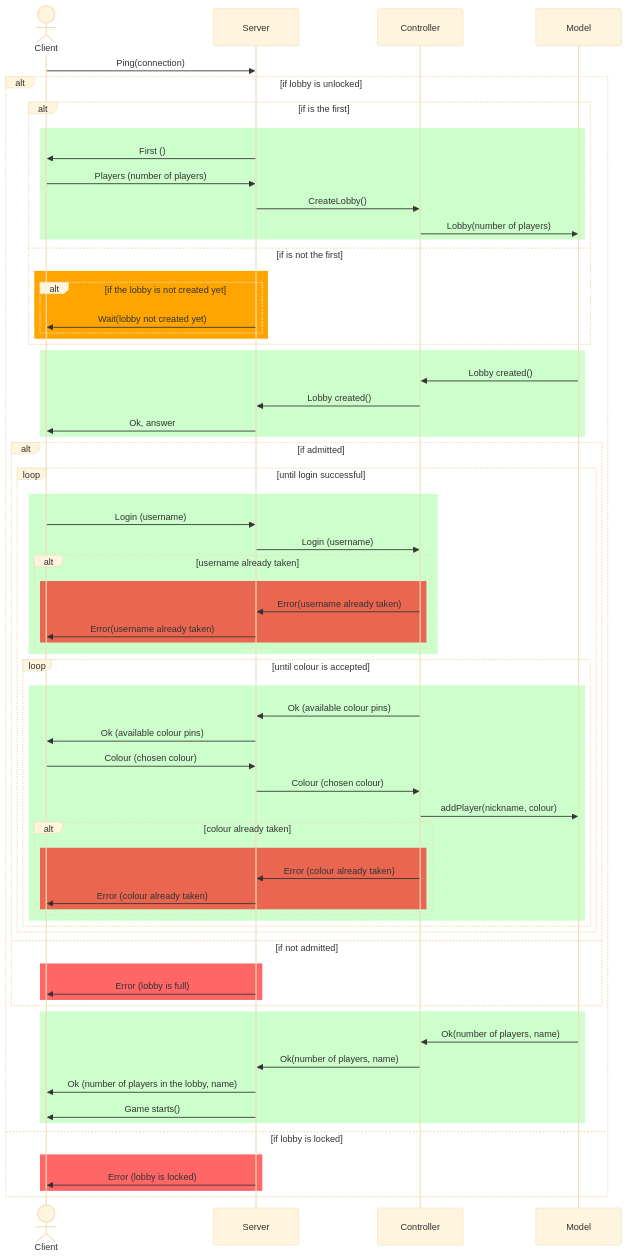
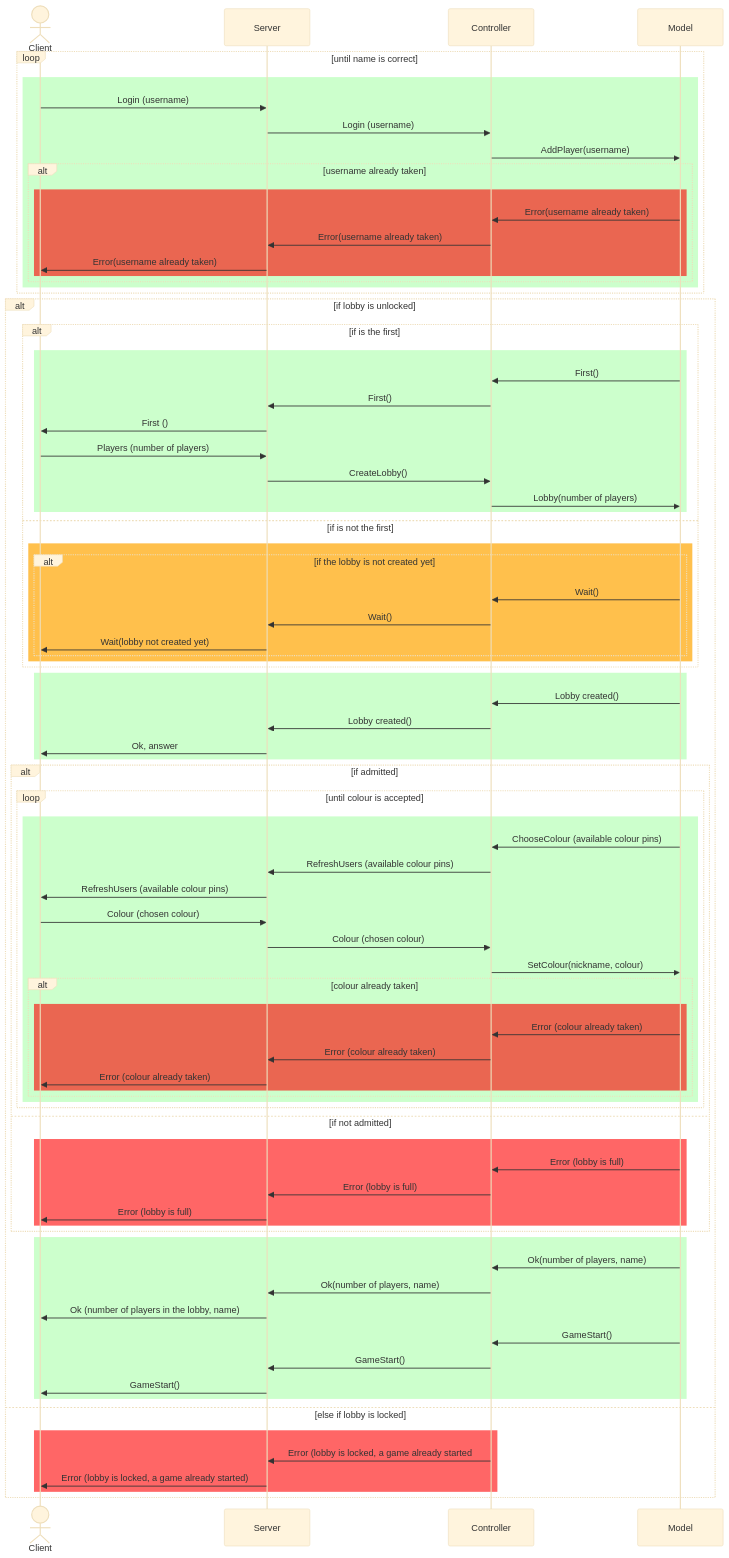
Before and after one commit to TheCaptainCraken/IS24-AM26: the first of 6 diagrams in deliverables/connection-serius.md, drawn with Mermaid (base theme). The commit also changed other lines of this file, not shown here.

Commit message:
uml update for peer review

```diff
--- a/deliverables/connection-serius.md
+++ b/deliverables/connection-serius.md
@@ -17,18 +17,36 @@
     participant Server
     participant Controller
 
-    Client ->> Server: Ping(connection)
+   loop until name is correct 
+      rect rgba(0, 255, 0, 0.2)
+         Client ->> Server: Login (username)
+         Server ->> Controller: Login (username)
+         Controller ->> Model: AddPlayer(username)
+
+         alt username already taken
+            rect rgba(255, 0, 0, 0.6)
+               Model ->> Controller: Error(username already taken)
+               Controller ->> Server: Error(username already taken)
+               Server ->> Client: Error(username already taken)
+            end
+         end
+      end
+   end
     alt if lobby is unlocked
         alt if is the first
             rect rgba(0, 255, 0, 0.2)
+            Model ->> Controller: First()
+            Controller ->> Server: First()
             Server ->> Client: First ()
             Client ->> Server: Players (number of players)
             Server ->> Controller: CreateLobby()
             Controller  ->> Model: Lobby(number of players)
             end
         else if is not the first
-            rect rgba(255, 165, 0, 1)
+            rect rgba(255, 165, 0, 0.7)
             alt if the lobby is not created yet
+                Model ->> Controller: Wait()
+                Controller ->> Server: Wait()
                 Server ->> Client:  Wait(lobby not created yet) 
             end  
             end
@@ -40,35 +58,27 @@
         Server ->> Client: Ok, answer
         end
         alt if admitted
-            loop until login successful
-                rect rgba(0, 255, 0, 0.2)
-                Client ->> Server: Login (username)
-                Server ->> Controller: Login (username)
-                    alt username already taken
-                        rect rgba(255, 0, 0, 0.6)
-                        Controller ->> Server: Error(username already taken)
-                        Server ->> Client: Error(username already taken)
-                        end
-                    end
-            end
               loop until colour is accepted
               rect rgba(0, 255, 0, 0.2)
-                  Controller ->> Server: Ok (available colour pins)
-                  Server ->> Client: Ok (available colour pins)
+                  Model ->> Controller: ChooseColour (available colour pins)
+                  Controller ->> Server: RefreshUsers (available colour pins)
+                  Server ->> Client: RefreshUsers (available colour pins)
                   Client ->> Server: Colour (chosen colour)
                   Server ->> Controller: Colour (chosen colour)
-                  Controller ->> Model: addPlayer(nickname, colour)
+                  Controller ->> Model: SetColour(nickname, colour)
                   alt colour already taken
                     rect rgba(255, 0, 0, 0.6)
+                    Model ->> Controller: Error (colour already taken)  
                     Controller ->> Server: Error (colour already taken)
                     Server ->> Client: Error (colour already taken) 
                     end
                   end
                   end
             end
-            end
         else if not admitted
             rect rgba(255, 0, 0, 0.6)
+            Model ->> Controller: Error (lobby is full)
+            Controller ->> Server: Error (lobby is full)
             Server ->> Client: Error (lobby is full)
             end
         end
@@ -76,12 +86,17 @@
         Model ->> Controller: Ok(number of players, name)
         Controller ->> Server: Ok(number of players, name)
         Server ->> Client: Ok (number of players in the lobby, name)
-        Server ->> Client: Game starts()
+        
+        Model ->> Controller: GameStart()
+        Controller ->> Server: GameStart()
+        Server ->> Client: GameStart()
+        
         end
         
-    else if lobby is locked
+    else else if lobby is locked
         rect rgba(255, 0, 0, 0.6)
-        Server ->> Client: Error (lobby is locked)
+        Controller ->> Server: Error (lobby is locked, a game already started
+        Server ->> Client: Error (lobby is locked, a game already started)
         end
     end
 
```
